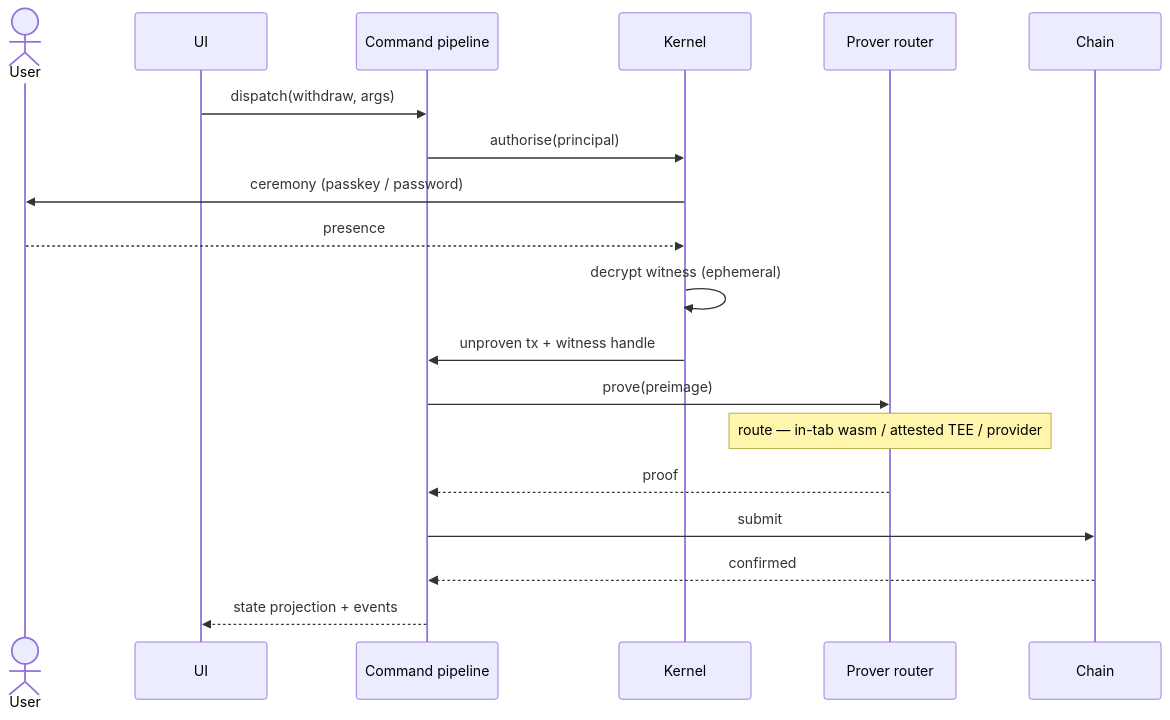
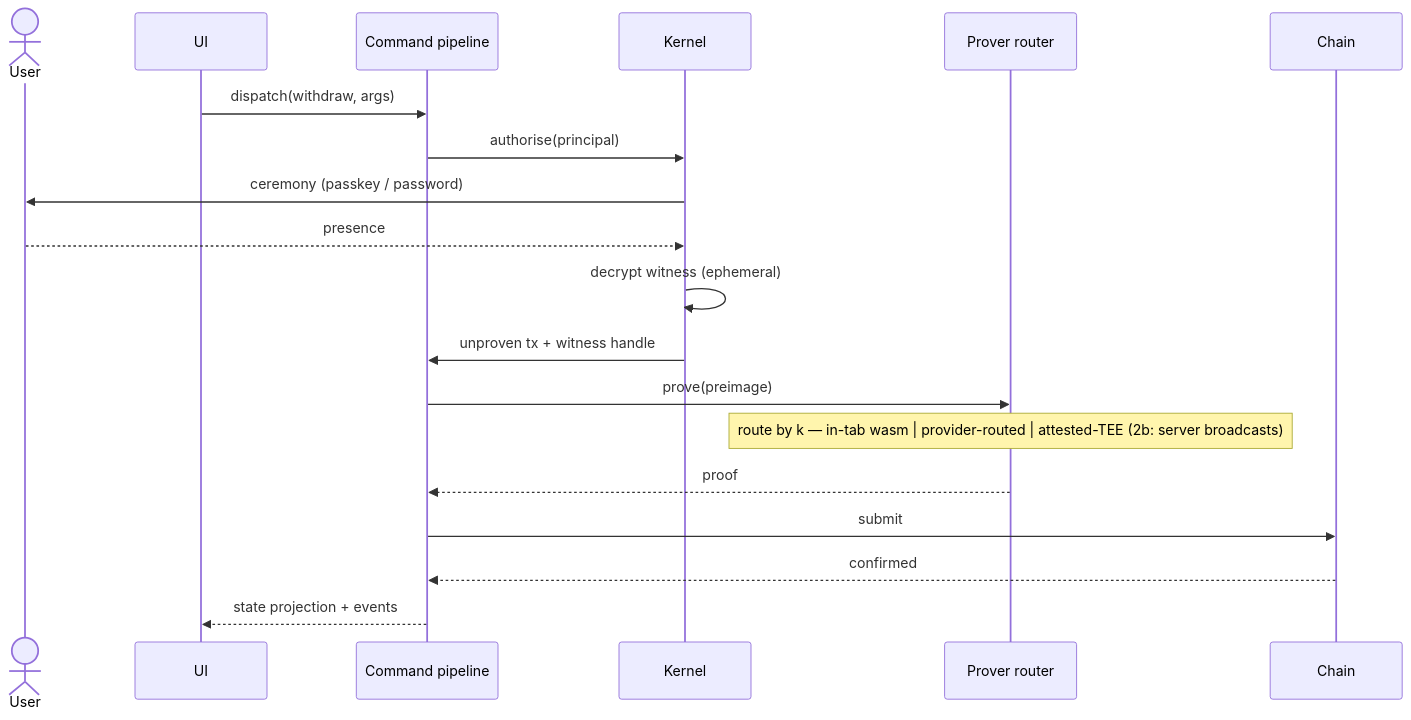
One commit to midnightntwrk/passport changed the fifth of 5 diagrams in sdk/docs/architecture.md. Above: the diagram before and after it, drawn with Mermaid. The commit also changed other lines of this file and 1 other file, not shown here.

````diff
--- a/sdk/docs/architecture.md
+++ b/sdk/docs/architecture.md
@@ -358,21 +391,21 @@
 ```mermaid
 sequenceDiagram
   actor User
   participant UI
   participant Cmd as Command pipeline
   participant Kernel
   participant Prover as Prover router
   participant Chain
   UI->>Cmd: dispatch(withdraw, args)
   Cmd->>Kernel: authorise(principal)
   Kernel->>User: ceremony (passkey / password)
   User-->>Kernel: presence
   Kernel->>Kernel: decrypt witness (ephemeral)
   Kernel->>Cmd: unproven tx + witness handle
   Cmd->>Prover: prove(preimage)
-  Note over Prover: route — in-tab wasm / attested TEE / provider
+  Note over Prover: route by k — in-tab wasm | provider-routed | attested-TEE (2b: server broadcasts)
   Prover-->>Cmd: proof
   Cmd->>Chain: submit
   Chain-->>Cmd: confirmed
   Cmd-->>UI: state projection + events
 ```
````
